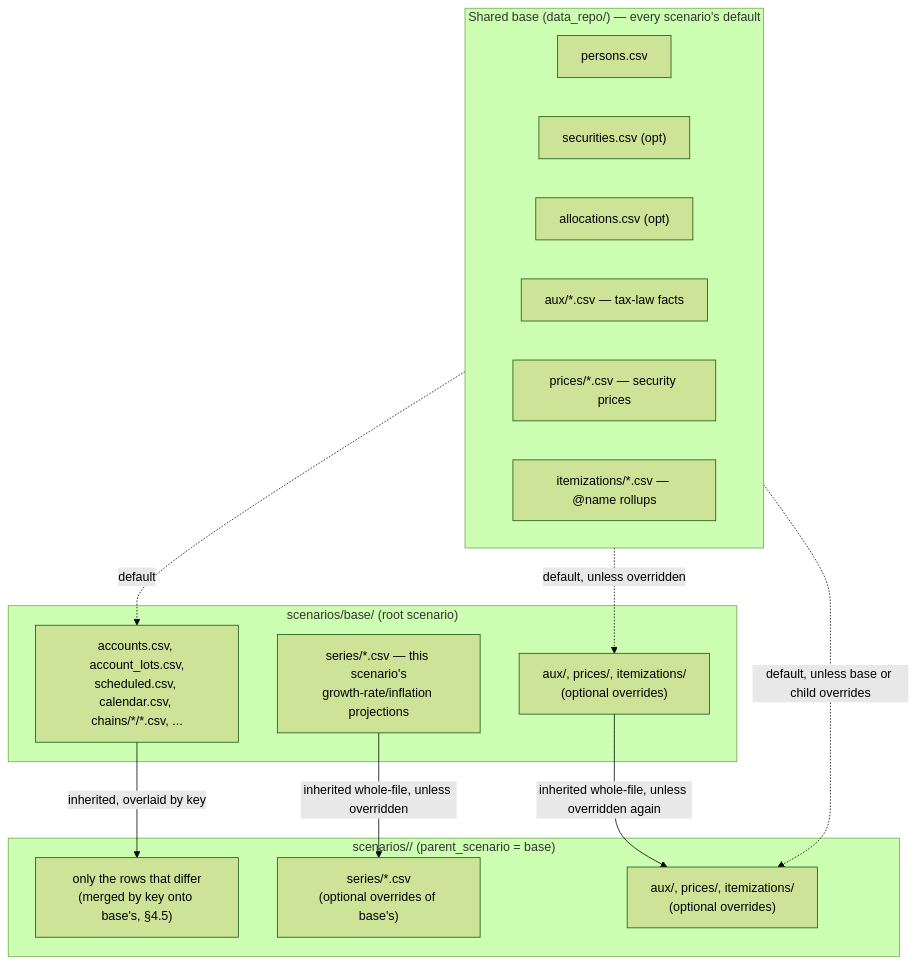
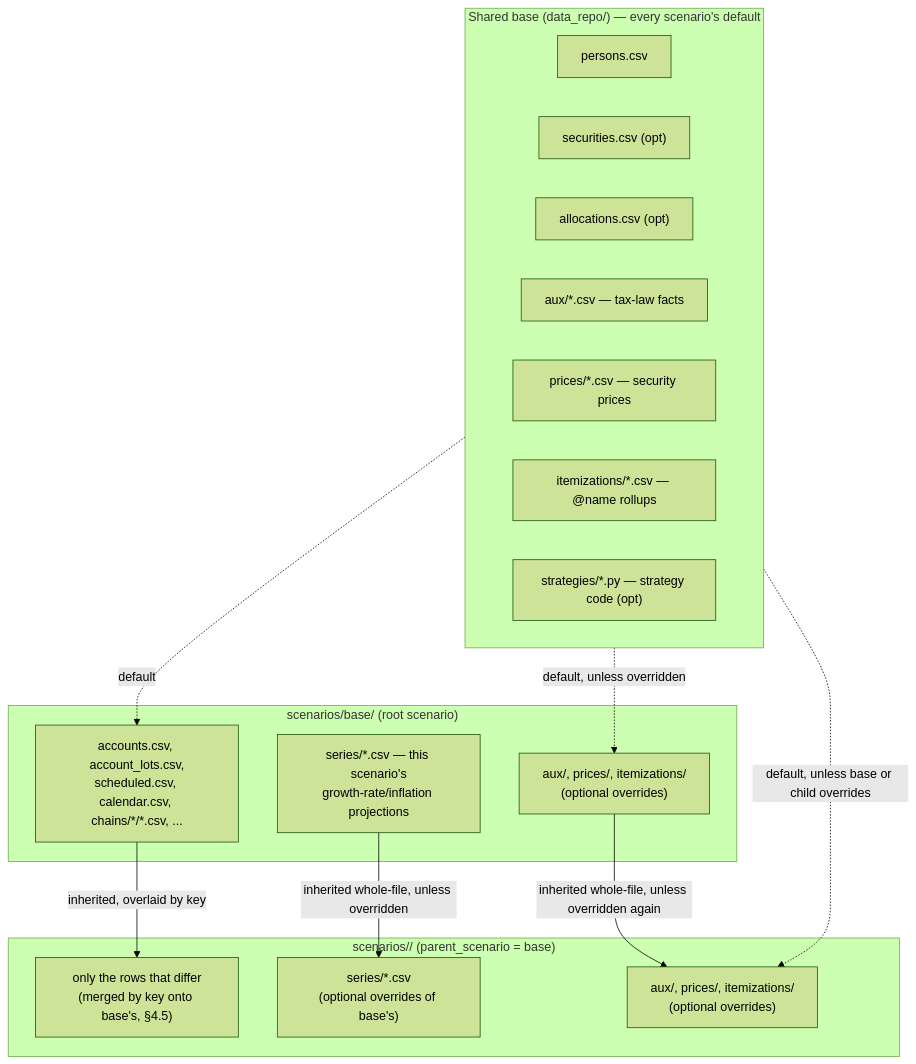
Before and after one commit to BobKerns/analysis: the first of 2 diagrams in docs/architecture/ADR-003-registries-and-csv-schemas.md, drawn with Mermaid (forest theme). The commit also changed other lines of this file and 8 other files, not shown here.

````diff
--- a/docs/architecture/ADR-003-registries-and-csv-schemas.md
+++ b/docs/architecture/ADR-003-registries-and-csv-schemas.md
@@ -337,33 +337,34 @@
 ```mermaid
 flowchart TB
     subgraph shared["Shared base (data_repo/) — every scenario's default"]
         persons["persons.csv"]
         securities["securities.csv (opt)"]
         allocations["allocations.csv (opt)"]
         aux["aux/*.csv — tax-law facts"]
         prices["prices/*.csv — security prices"]
         itemizations["itemizations/*.csv — @name rollups"]
+        strategies["strategies/*.py — strategy code (opt)"]
     end
     subgraph base["scenarios/base/ (root scenario)"]
         base_files["accounts.csv, account_lots.csv,
 scheduled.csv, calendar.csv, chains/*/*.csv, ..."]
         base_series["series/*.csv — this scenario's
 growth-rate/inflation projections"]
         base_override["aux/, prices/, itemizations/
 (optional overrides)"]
     end
     subgraph child["scenarios/<derived>/ (parent_scenario = base)"]
         child_files["only the rows that differ
 (merged by key onto base's, §4.5)"]
         child_series["series/*.csv
 (optional overrides of base's)"]
         child_override["aux/, prices/, itemizations/
 (optional overrides)"]
     end
     shared -.->|default| base_files
     shared -.->|default, unless overridden| base_override
     base_files -->|inherited, overlaid by key| child_files
     base_series -->|inherited whole-file, unless overridden| child_series
     base_override -->|inherited whole-file, unless overridden again| child_override
     shared -.->|default, unless base or child overrides| child_override
 ```
````
